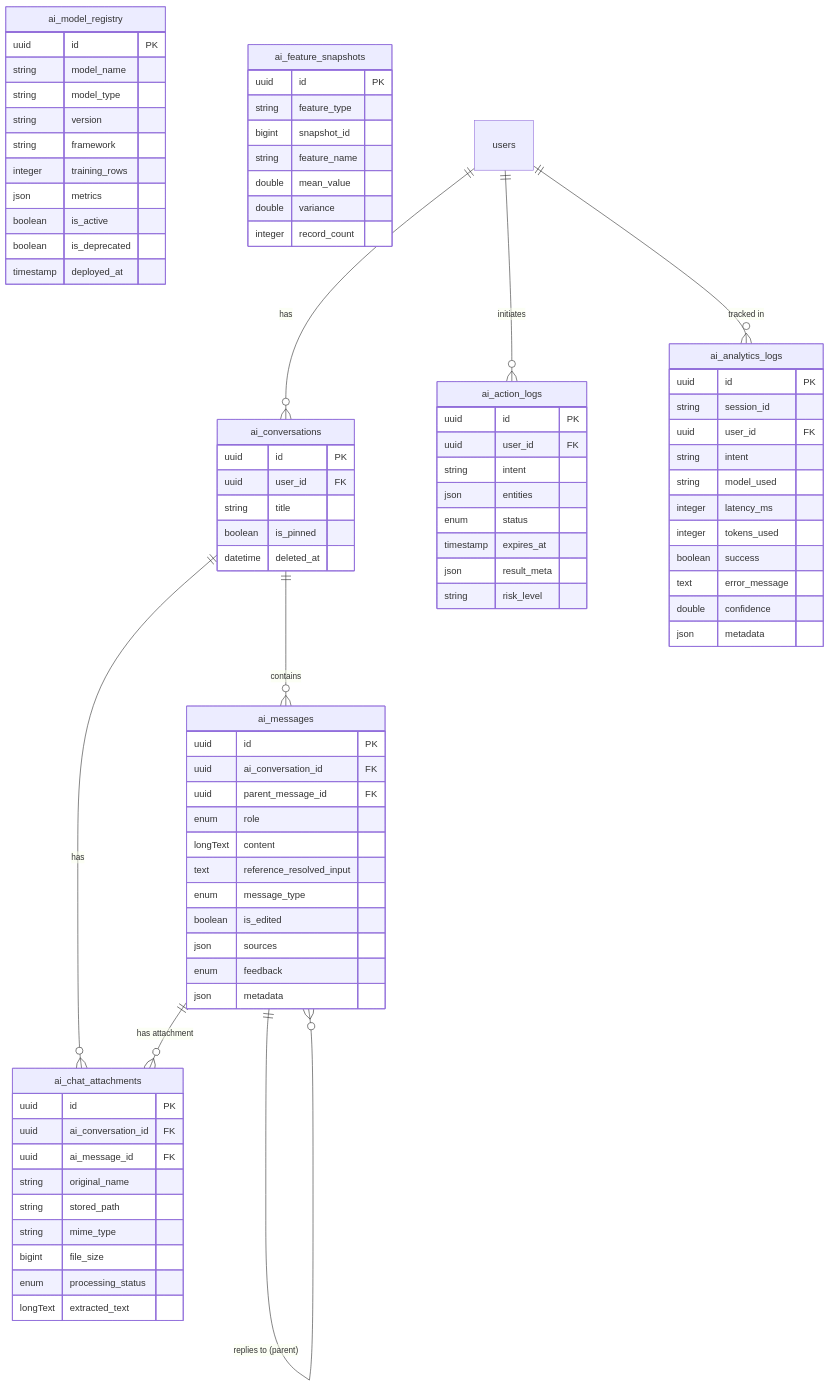
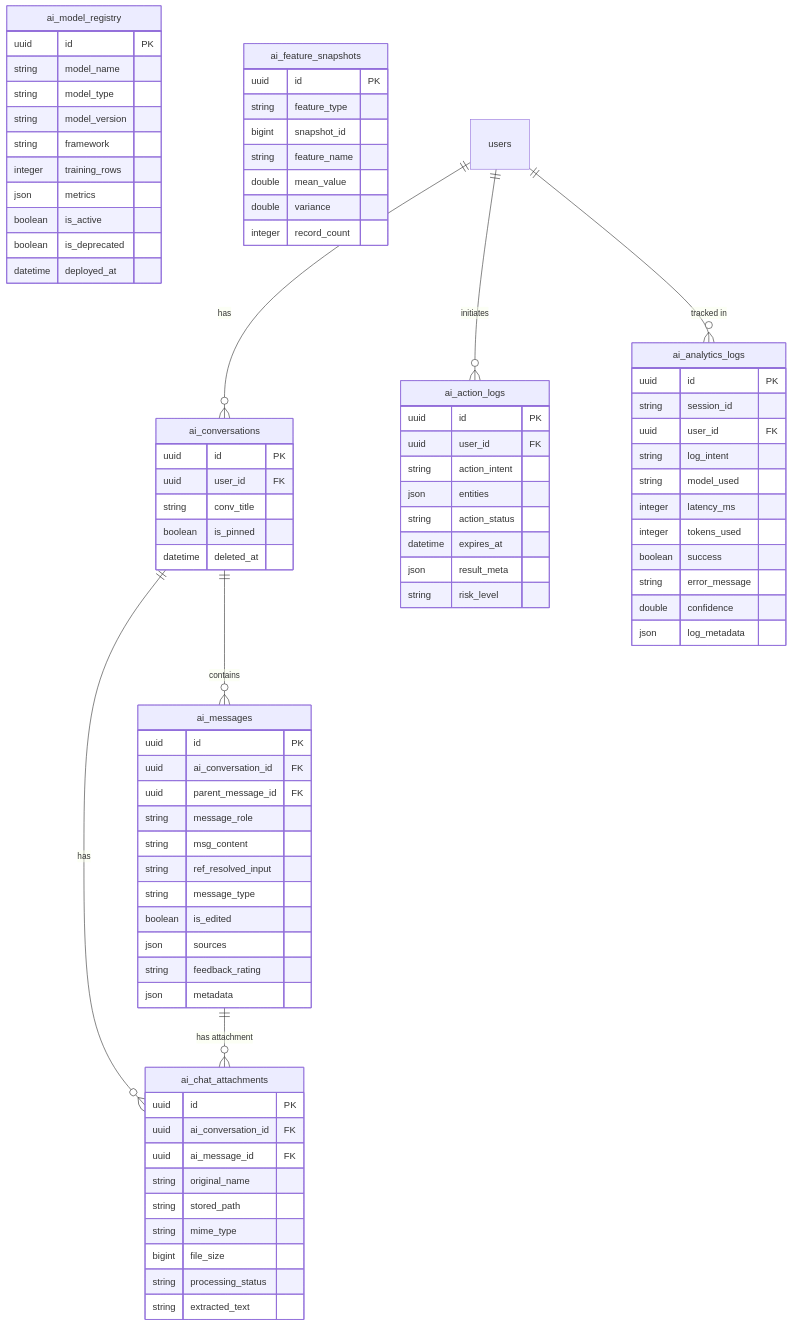
One commit to ErnestKamau/shh changed the fourth of 24 diagrams in docs/database-erd.md. Above: the diagram before and after it, drawn with Mermaid. The commit also changed other lines of this file, not shown here.

````diff
--- a/docs/database-erd.md
+++ b/docs/database-erd.md
@@ -367,13 +367,13 @@
         uuid id PK
         string model_name
         string model_type
-        string version
+        string model_version
         string framework
         integer training_rows
         json metrics
         boolean is_active
         boolean is_deprecated
-        timestamp deployed_at
+        datetime deployed_at
     }
 
     ai_feature_snapshots {
@@ -389,7 +389,7 @@
     ai_conversations {
         uuid id PK
         uuid user_id FK
-        string title
+        string conv_title
         boolean is_pinned
         datetime deleted_at
     }
@@ -398,13 +398,13 @@
         uuid id PK
         uuid ai_conversation_id FK
         uuid parent_message_id FK
-        enum role
-        longText content
-        text reference_resolved_input
-        enum message_type
+        string message_role
+        string msg_content
+        string ref_resolved_input
+        string message_type
         boolean is_edited
         json sources
-        enum feedback
+        string feedback_rating
         json metadata
     }
 
@@ -416,17 +416,17 @@
         string stored_path
         string mime_type
         bigint file_size
-        enum processing_status
-        longText extracted_text
+        string processing_status
+        string extracted_text
     }
 
     ai_action_logs {
         uuid id PK
         uuid user_id FK
-        string intent
+        string action_intent
         json entities
-        enum status
-        timestamp expires_at
+        string action_status
+        datetime expires_at
         json result_meta
         string risk_level
     }
@@ -435,14 +435,14 @@
         uuid id PK
         string session_id
         uuid user_id FK
-        string intent
+        string log_intent
         string model_used
         integer latency_ms
         integer tokens_used
         boolean success
-        text error_message
+        string error_message
         double confidence
-        json metadata
+        json log_metadata
     }
 
     users ||--o{ ai_conversations : "has"
@@ -450,6 +450,5 @@
     users ||--o{ ai_analytics_logs : "tracked in"
     ai_conversations ||--o{ ai_messages : "contains"
     ai_conversations ||--o{ ai_chat_attachments : "has"
-    ai_messages ||--o{ ai_messages : "replies to (parent)"
     ai_messages ||--o{ ai_chat_attachments : "has attachment"
 ```
````
